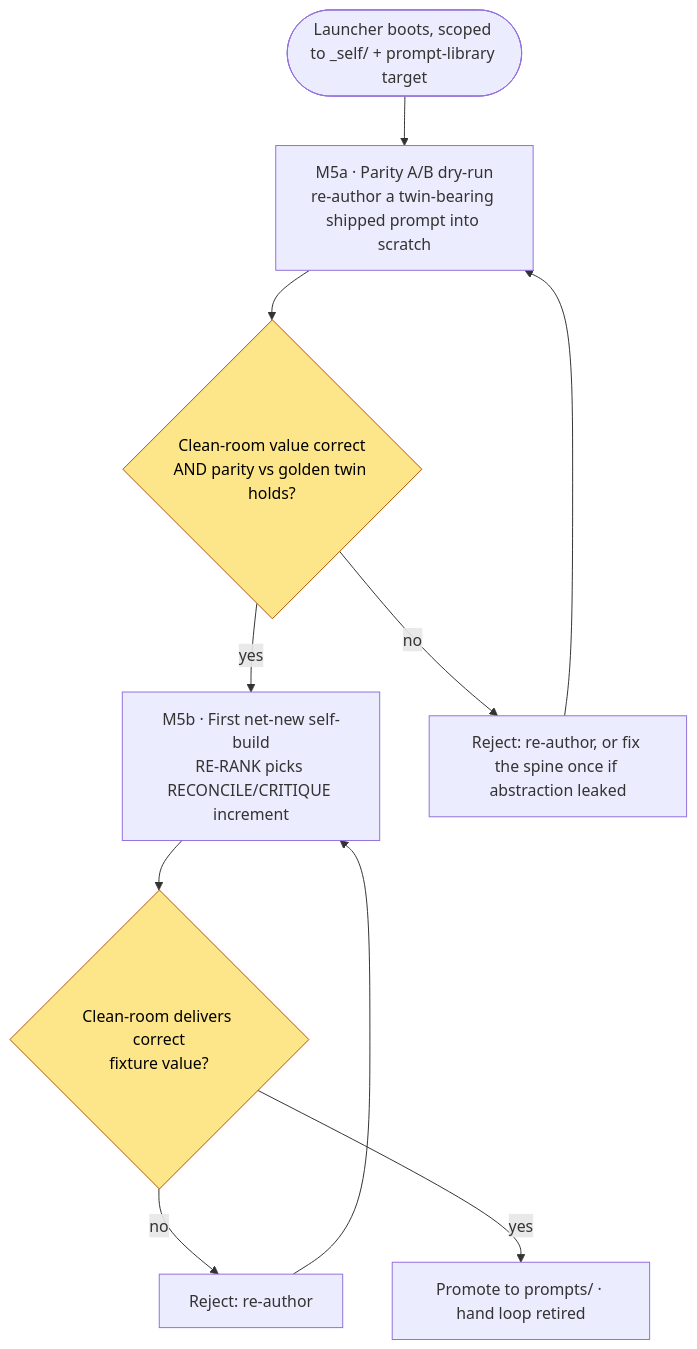
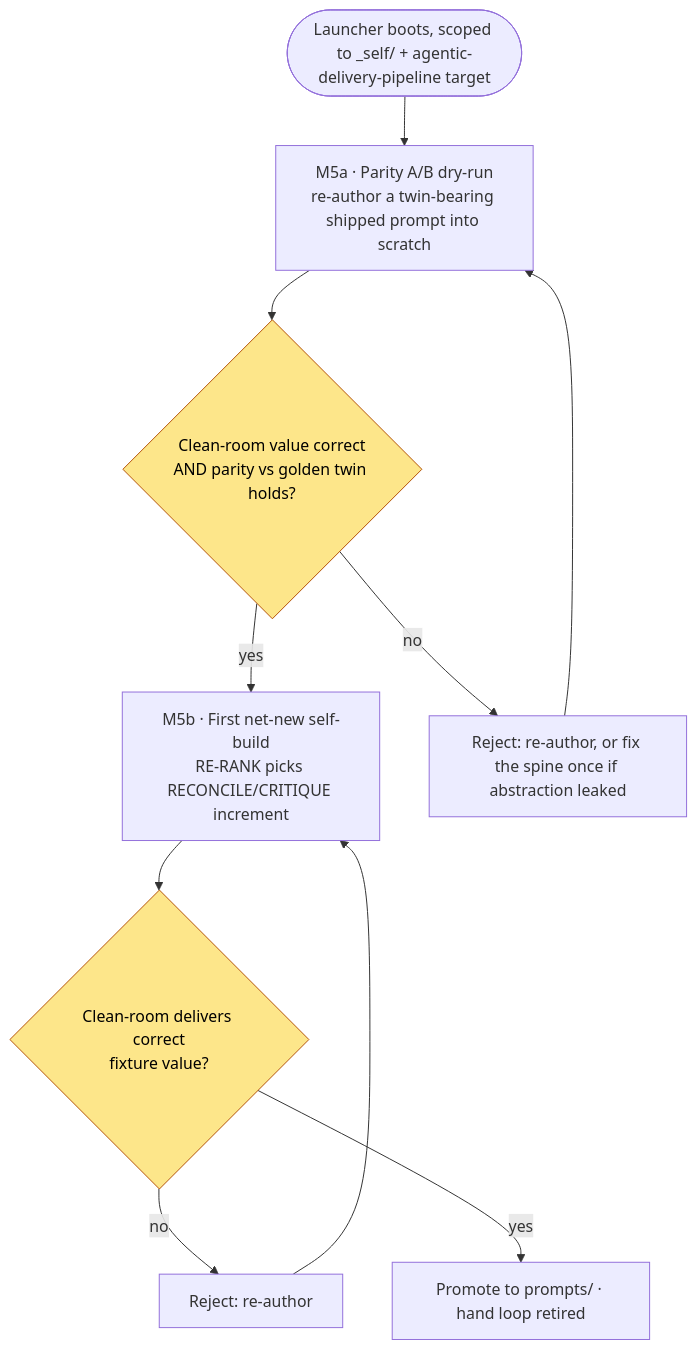
The third of 3 diagrams in _self-host-migration/migration-spec.md (iiezhachenko/agentic-delivery-system), drawn with Mermaid before and after one commit. The commit also changed other lines of this file and 6 other files, not shown here.

Commit message:
Implement stack ADR for agentic delivery pipeline, updating migration specifications and self-hosting documentation. This includes defining the coding-canon profile and ensuring the system's architecture supports the new deliverable target. Resolved D21, enhancing the self-host migration process.

````diff
--- a/_self-host-migration/migration-spec.md
+++ b/_self-host-migration/migration-spec.md
@@ -220,20 +220,20 @@
 ```mermaid
 flowchart TD
-    START([Launcher boots, scoped to _self/ + prompt-library target])
+    START([Launcher boots, scoped to _self/ + agentic-delivery-pipeline target])
     A[M5a · Parity A/B dry-run<br/>re-author a twin-bearing shipped prompt into scratch]
     AC{Clean-room value correct<br/>AND parity vs golden twin holds?}
     B[M5b · First net-new self-build<br/>RE-RANK picks RECONCILE/CRITIQUE increment]
     BC{Clean-room delivers correct<br/>fixture value?}
     PROMO[Promote to prompts/ · hand loop retired]
     FIX[Reject: re-author, or fix the spine once if abstraction leaked]
     FIX2[Reject: re-author]
 
     START --> A --> AC
     AC -- no --> FIX --> A
     AC -- yes --> B --> BC
     BC -- no --> FIX2 --> B
     BC -- yes --> PROMO
 
     classDef gate fill:#fde68a,stroke:#b45309,color:#000;
     class AC,BC gate;
 ```
````
